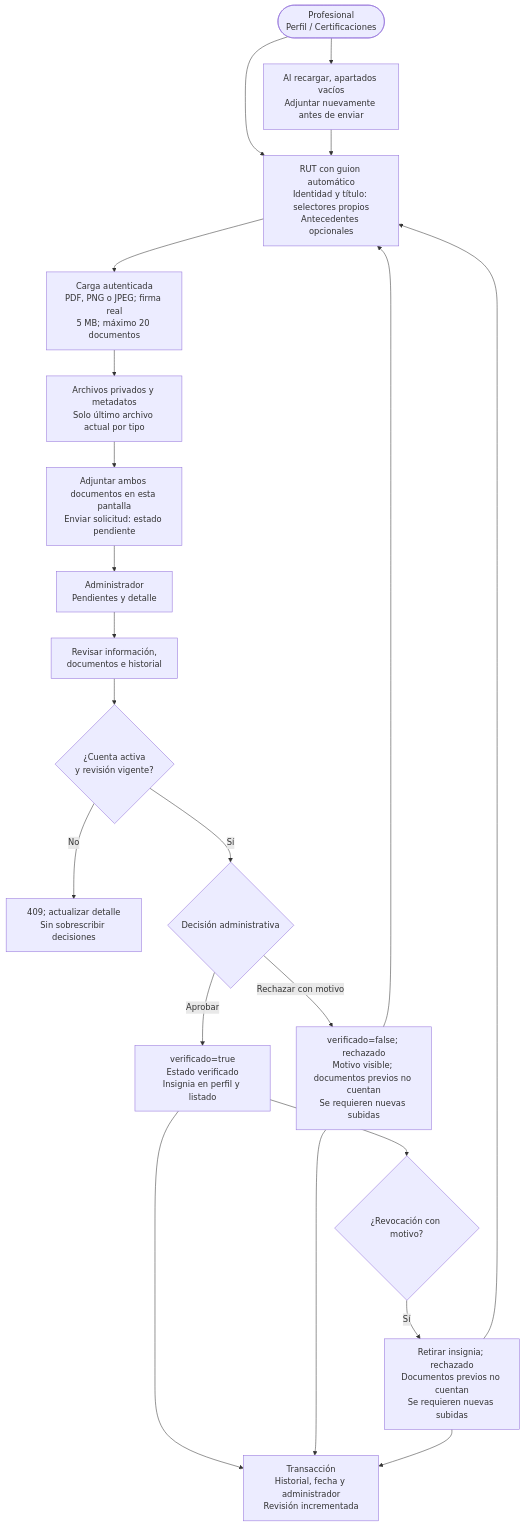
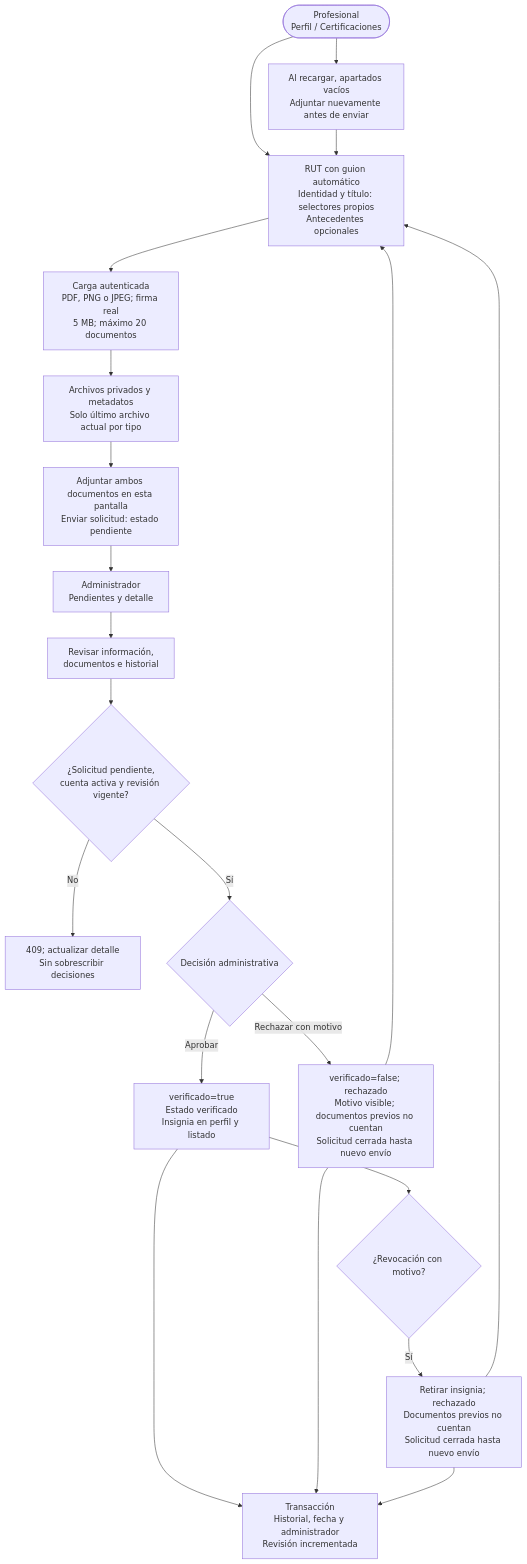
The diagram in FASE 2/Evidencias Proyecto/Evidencias de documentación/Diagramas (Miro)/Actualización Sprint 3/11_Verificacion_Administrativa.mmd (rodriacr/FitSearch), drawn with Mermaid before and after one commit. The commit also changed 9 other files, not shown here.

Commit message:
Cierra decisiones tras rechazo o revocacion hasta nuevo envio

```diff
--- a/FASE 2/Evidencias Proyecto/Evidencias de documentación/Diagramas (Miro)/Actualización Sprint 3/11_Verificacion_Administrativa.mmd
+++ b/FASE 2/Evidencias Proyecto/Evidencias de documentación/Diagramas (Miro)/Actualización Sprint 3/11_Verificacion_Administrativa.mmd
@@ -1,21 +1,21 @@
 flowchart TD
   P(["Profesional<br/>Perfil / Certificaciones"]) --> C["RUT con guion automático<br/>Identidad y título: selectores propios<br/>Antecedentes opcionales"]
   C --> U["Carga autenticada<br/>PDF, PNG o JPEG; firma real<br/>5 MB; máximo 20 documentos"]
   U --> S["Archivos privados y metadatos<br/>Solo último archivo actual por tipo"]
   S --> E["Adjuntar ambos documentos en esta pantalla<br/>Enviar solicitud: estado pendiente"]
   P --> F["Al recargar, apartados vacíos<br/>Adjuntar nuevamente antes de enviar"]
   F --> C
   E --> L["Administrador<br/>Pendientes y detalle"]
   L --> D["Revisar información,<br/>documentos e historial"]
-  D --> R{"¿Cuenta activa<br/>y revisión vigente?"}
+  D --> R{"¿Solicitud pendiente,<br/>cuenta activa y revisión vigente?"}
   R -->|"No"| X["409; actualizar detalle<br/>Sin sobrescribir decisiones"]
   R -->|"Sí"| V{"Decisión administrativa"}
   V -->|"Aprobar"| A["verificado=true<br/>Estado verificado<br/>Insignia en perfil y listado"]
-  V -->|"Rechazar con motivo"| H["verificado=false; rechazado<br/>Motivo visible; documentos previos no cuentan<br/>Se requieren nuevas subidas"]
+  V -->|"Rechazar con motivo"| H["verificado=false; rechazado<br/>Motivo visible; documentos previos no cuentan<br/>Solicitud cerrada hasta nuevo envío"]
   H --> C
   A --> J{"¿Revocación con motivo?"}
-  J -->|"Sí"| N["Retirar insignia; rechazado<br/>Documentos previos no cuentan<br/>Se requieren nuevas subidas"]
+  J -->|"Sí"| N["Retirar insignia; rechazado<br/>Documentos previos no cuentan<br/>Solicitud cerrada hasta nuevo envío"]
   N --> C
   A --> T["Transacción<br/>Historial, fecha y administrador<br/>Revisión incrementada"]
   H --> T
   N --> T
```
